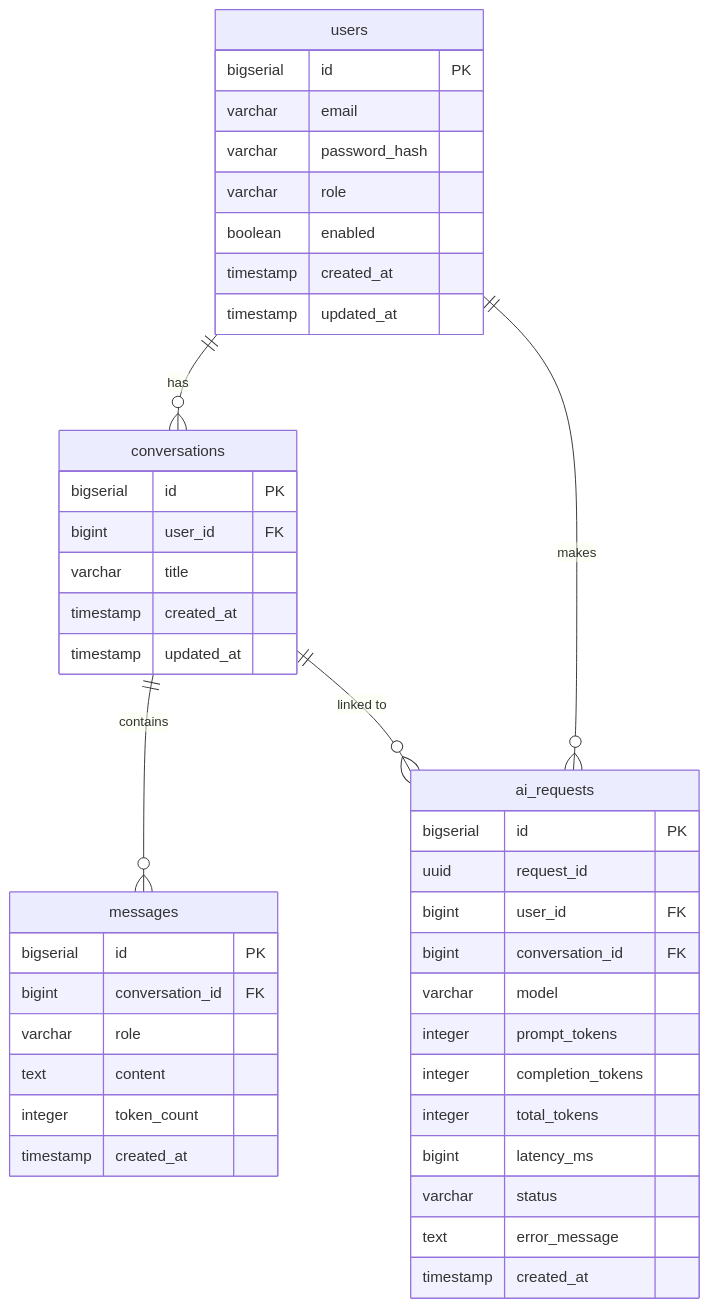
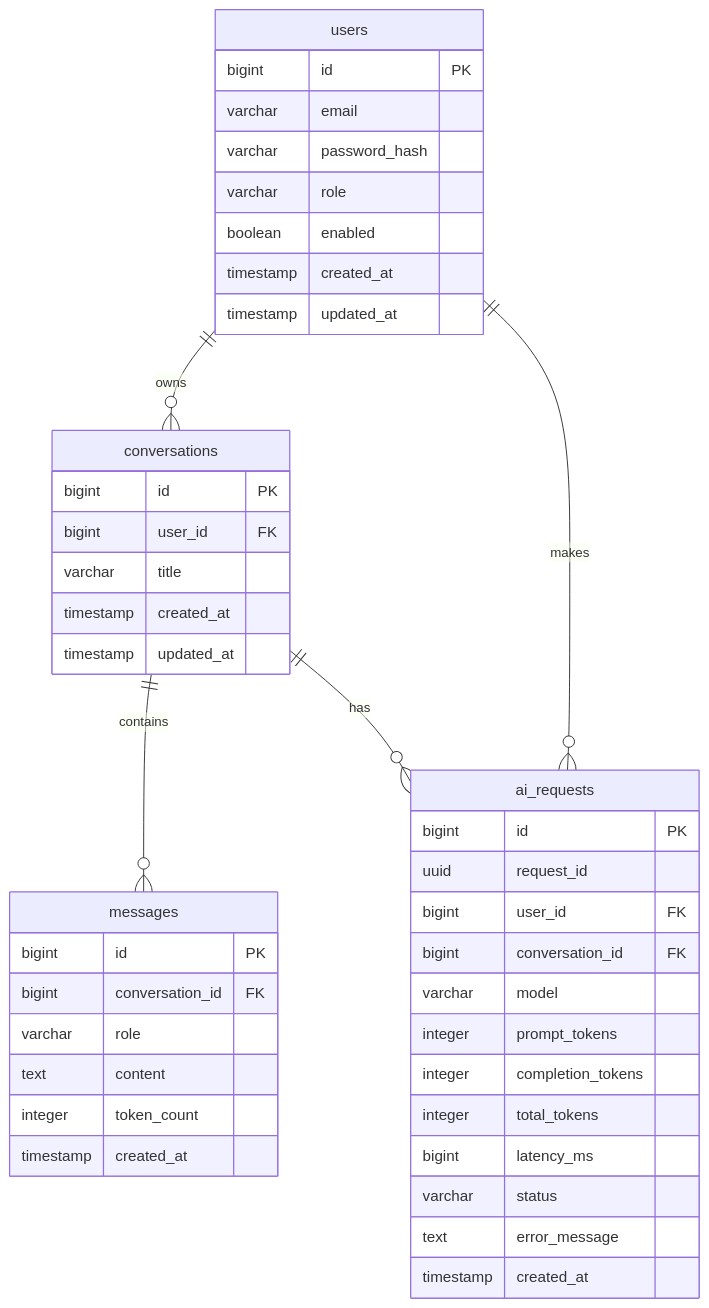
One commit to huutuandev/api-gateway changed the second of 2 diagrams in README.md. Above: the diagram before and after it, drawn with Mermaid. The commit also changed other lines of this file and 1 other file, not shown here.

````diff
--- a/README.md
+++ b/README.md
@@ -93,46 +60,49 @@
 ```mermaid
 erDiagram
+    users ||--o{ conversations : "owns"
+    users ||--o{ ai_requests : "makes"
+    conversations ||--o{ messages : "contains"
+    conversations ||--o{ ai_requests : "has"
+    
     users {
-        bigserial id PK
+        bigint id PK
         varchar email
         varchar password_hash
         varchar role
         boolean enabled
         timestamp created_at
         timestamp updated_at
     }
+    
     conversations {
-        bigserial id PK
+        bigint id PK
         bigint user_id FK
         varchar title
         timestamp created_at
         timestamp updated_at
     }
+    
     messages {
-        bigserial id PK
+        bigint id PK
         bigint conversation_id FK
         varchar role
         text content
         integer token_count
         timestamp created_at
     }
+    
     ai_requests {
-        bigserial id PK
+        bigint id PK
         uuid request_id
         bigint user_id FK
         bigint conversation_id FK
         varchar model
         integer prompt_tokens
         integer completion_tokens
         integer total_tokens
         bigint latency_ms
         varchar status
         text error_message
         timestamp created_at
     }
-
-    users ||--o{ conversations : "has"
-    users ||--o{ ai_requests : "makes"
-    conversations ||--o{ messages : "contains"
-    conversations ||--o{ ai_requests : "linked to"
 ```
````
